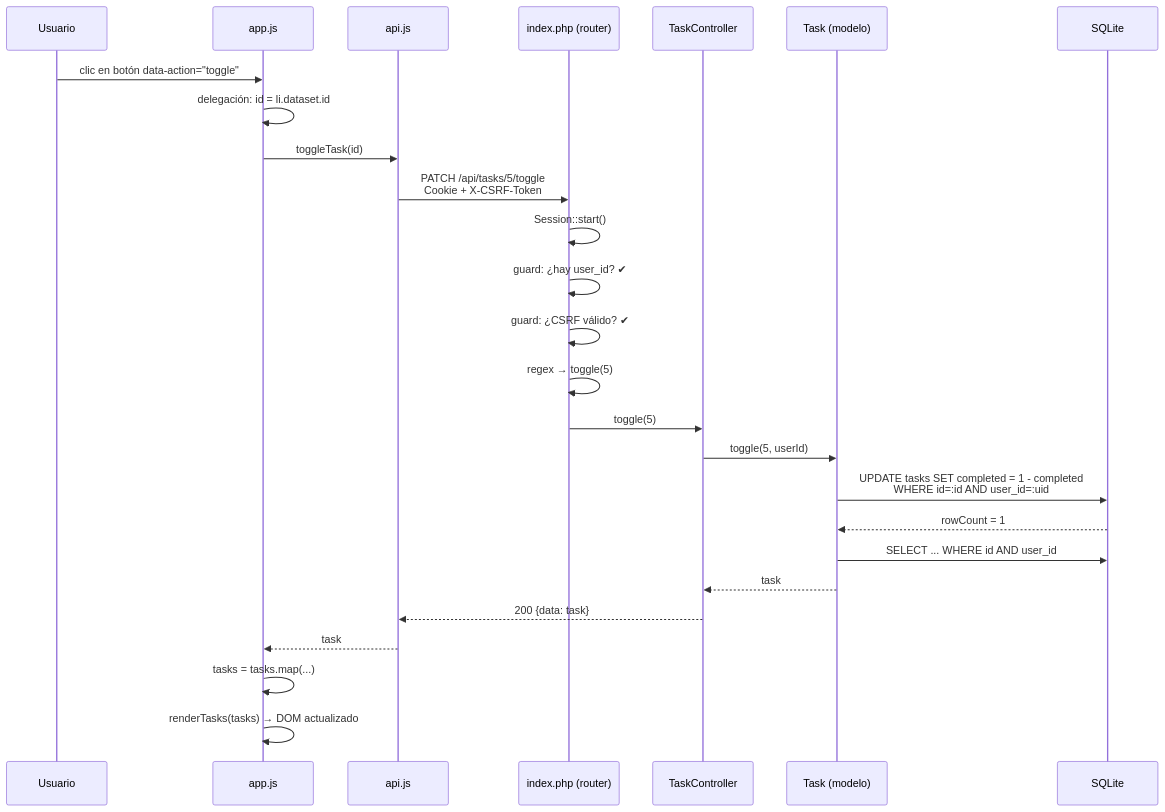
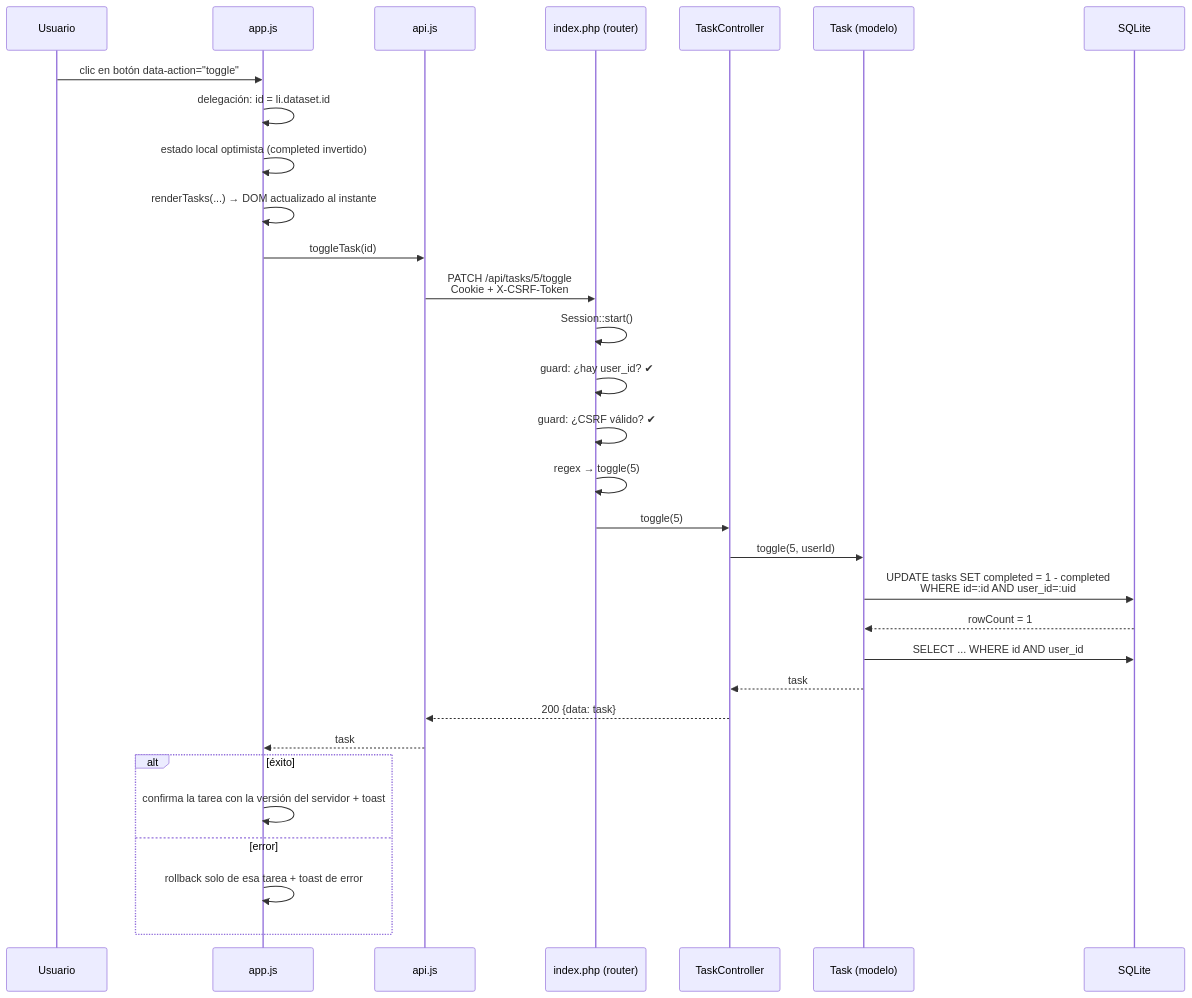
Before and after one commit to sulbaranjesus03/todoList: the fifth of 5 diagrams in README.md, drawn with Mermaid. The commit also changed other lines of this file and 8 other files, not shown here.

````diff
--- a/README.md
+++ b/README.md
@@ -380,29 +411,34 @@
 ```mermaid
 sequenceDiagram
     participant U as Usuario
     participant A as app.js
     participant N as api.js
     participant R as index.php (router)
     participant C as TaskController
     participant M as Task (modelo)
     participant D as SQLite
 
     U->>A: clic en botón data-action="toggle"
     A->>A: delegación: id = li.dataset.id
+    A->>A: estado local optimista (completed invertido)
+    A->>A: renderTasks(...) → DOM actualizado al instante
     A->>N: toggleTask(id)
     N->>R: PATCH /api/tasks/5/toggle<br/>Cookie + X-CSRF-Token
     R->>R: Session::start()
     R->>R: guard: ¿hay user_id? ✔
     R->>R: guard: ¿CSRF válido? ✔
     R->>R: regex → toggle(5)
     R->>C: toggle(5)
     C->>M: toggle(5, userId)
     M->>D: UPDATE tasks SET completed = 1 - completed<br/>WHERE id=:id AND user_id=:uid
     D-->>M: rowCount = 1
     M->>D: SELECT ... WHERE id AND user_id
     M-->>C: task
     C-->>N: 200 {data: task}
     N-->>A: task
-    A->>A: tasks = tasks.map(...)
-    A->>A: renderTasks(tasks) → DOM actualizado
+    alt éxito
+        A->>A: confirma la tarea con la versión del servidor + toast
+    else error
+        A->>A: rollback solo de esa tarea + toast de error
+    end
 ```
````
